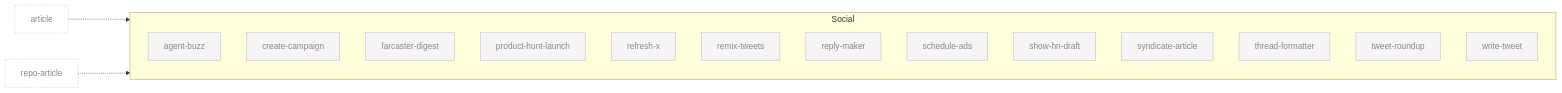
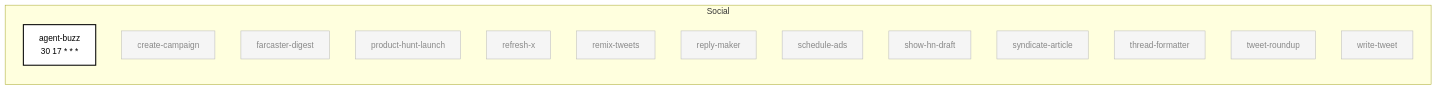
Before and after one commit to anajuliabit/aeon: the sixth of 7 diagrams in docs/skill-graph.md, drawn with Mermaid. The commit also changed other lines of this file and 2 other files, not shown here.

First line of the commit message:
docs(skill-graph): regenerate map (NEW_ENABLED: 8 skills · NEW_DEPS: 33 · REMOVED_DEPS: 10)

````diff
--- a/docs/skill-graph.md
+++ b/docs/skill-graph.md
@@ -297,42 +341,37 @@
 ```mermaid
 flowchart LR
     subgraph social [" Social "]
         direction TB
-        agent-buzz[agent-buzz]:::disabled
+        agent-buzz["agent-buzz<br/>30 17 * * *"]:::enabled
         create-campaign[create-campaign]:::disabled
         farcaster-digest[farcaster-digest]:::disabled
         product-hunt-launch[product-hunt-launch]:::disabled
         refresh-x[refresh-x]:::disabled
         remix-tweets[remix-tweets]:::disabled
         reply-maker[reply-maker]:::disabled
         schedule-ads[schedule-ads]:::disabled
         show-hn-draft[show-hn-draft]:::disabled
         syndicate-article[syndicate-article]:::disabled
         thread-formatter[thread-formatter]:::disabled
         tweet-roundup[tweet-roundup]:::disabled
         write-tweet[write-tweet]:::disabled
     end
-
-    article_ext[article]:::external
-    repo-article_ext[repo-article]:::external
-
-    article_ext -..-> syndicate-article
-    repo-article_ext -..-> syndicate-article
 
     click agent-buzz "../skills/agent-buzz/SKILL.md"
     click create-campaign "../skills/create-campaign/SKILL.md"
     click farcaster-digest "../skills/farcaster-digest/SKILL.md"
     click product-hunt-launch "../skills/product-hunt-launch/SKILL.md"
     click refresh-x "../skills/refresh-x/SKILL.md"
     click remix-tweets "../skills/remix-tweets/SKILL.md"
     click reply-maker "../skills/reply-maker/SKILL.md"
     click schedule-ads "../skills/schedule-ads/SKILL.md"
     click show-hn-draft "../skills/show-hn-draft/SKILL.md"
     click syndicate-article "../skills/syndicate-article/SKILL.md"
     click thread-formatter "../skills/thread-formatter/SKILL.md"
     click tweet-roundup "../skills/tweet-roundup/SKILL.md"
     click write-tweet "../skills/write-tweet/SKILL.md"
 
+    classDef enabled fill:#fff,stroke:#000,stroke-width:2px,color:#000
     classDef disabled fill:#f5f5f5,stroke:#bbb,color:#888
     classDef external fill:none,stroke:#bbb,stroke-dasharray:3 3,color:#888
 ```
````
